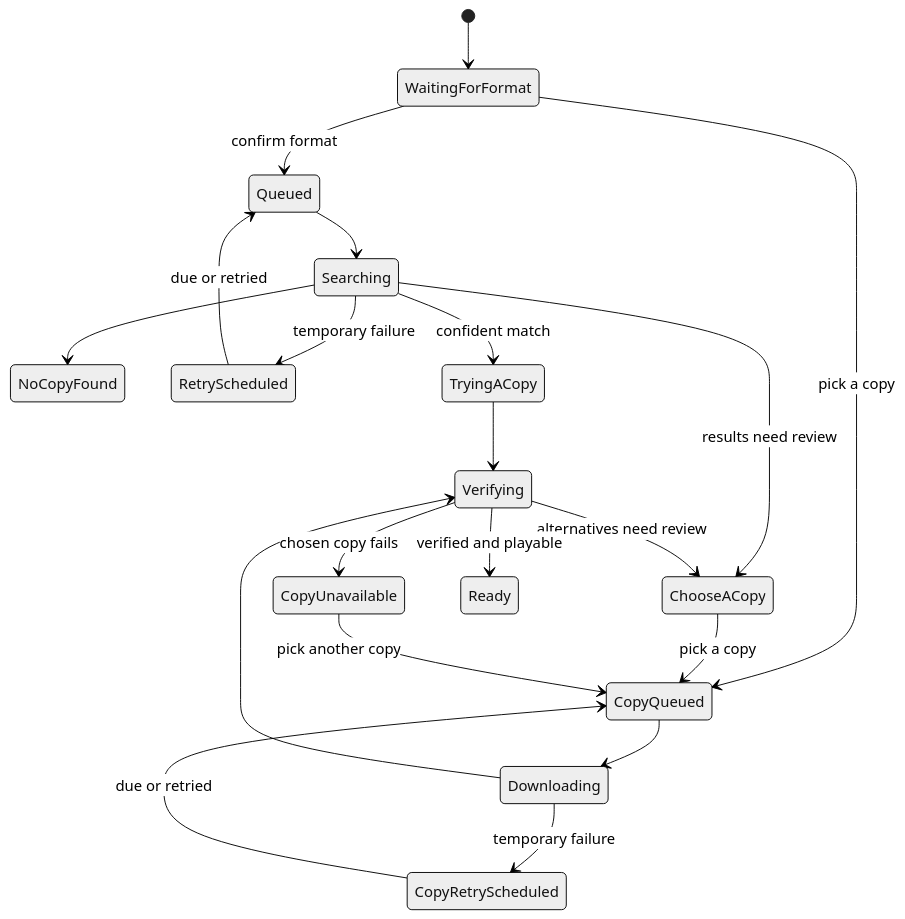
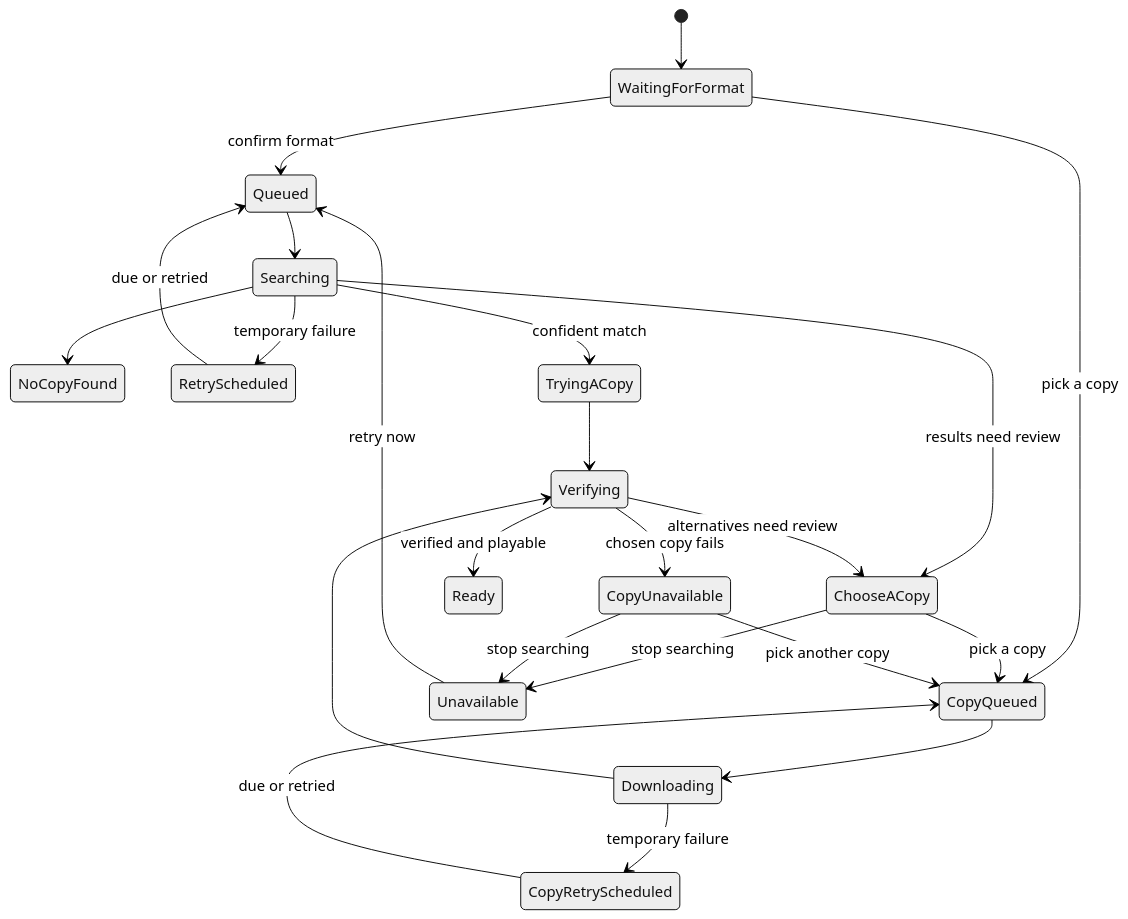
Before and after one commit to Warkanlock/listening-public: the diagram in docs/request-states.md, drawn with Mermaid (neutral theme). The commit also changed other lines of this file and 13 other files, not shown here.

````diff
--- a/docs/request-states.md
+++ b/docs/request-states.md
@@ -5,22 +5,25 @@
 ```mermaid
 stateDiagram-v2
     [*] --> WaitingForFormat
     WaitingForFormat --> Queued : confirm format
     WaitingForFormat --> CopyQueued : pick a copy
     Queued --> Searching
     Searching --> NoCopyFound
     Searching --> RetryScheduled : temporary failure
     RetryScheduled --> Queued : due or retried
     Searching --> TryingACopy : confident match
     Searching --> ChooseACopy : results need review
     TryingACopy --> Verifying
     CopyQueued --> Downloading
     Downloading --> Verifying
     Downloading --> CopyRetryScheduled : temporary failure
     CopyRetryScheduled --> CopyQueued : due or retried
     Verifying --> ChooseACopy : alternatives need review
     Verifying --> CopyUnavailable : chosen copy fails
     ChooseACopy --> CopyQueued : pick a copy
     CopyUnavailable --> CopyQueued : pick another copy
+    ChooseACopy --> Unavailable : stop searching
+    CopyUnavailable --> Unavailable : stop searching
+    Unavailable --> Queued : retry now
     Verifying --> Ready : verified and playable
 ```
````
